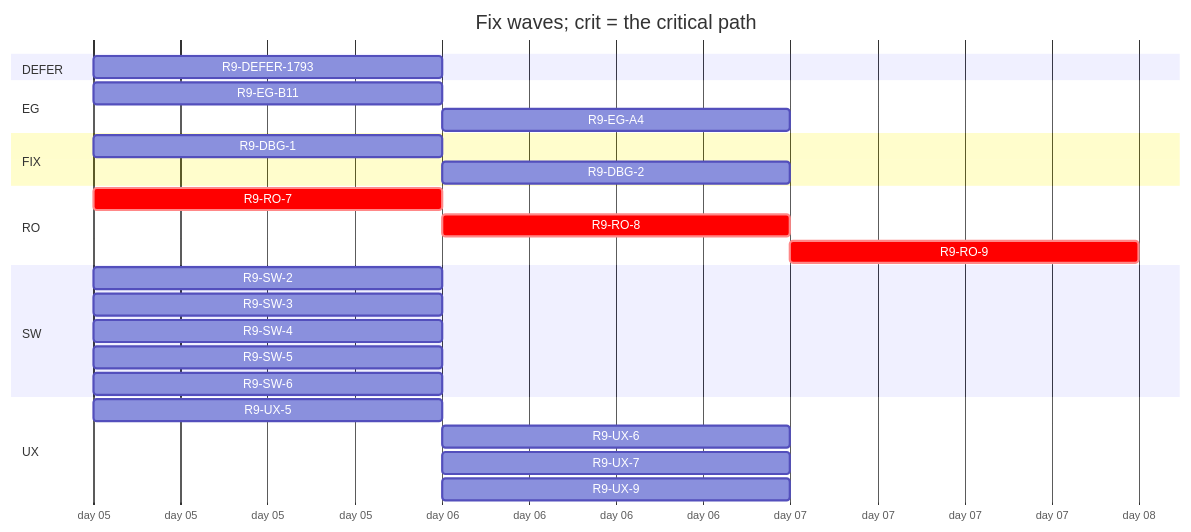
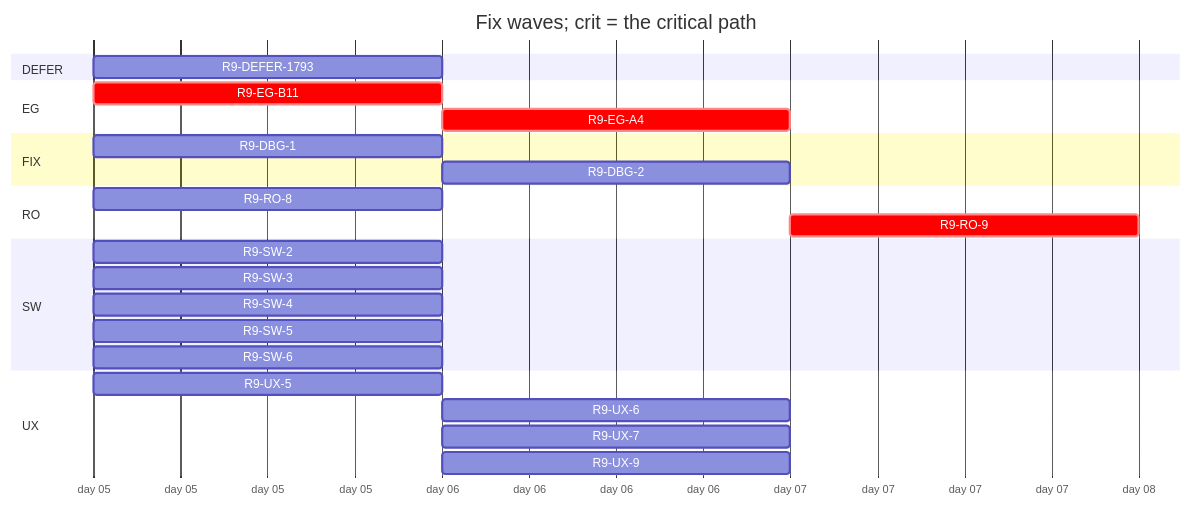
Before and after one commit to tvofi/heatpump_optimizer: the diagram in handoff/round9/state/PLAN-TABLE.md, drawn with Mermaid. The commit also changed other lines of this file and 2 other files, not shown here.

````diff
--- a/handoff/round9/state/PLAN-TABLE.md
+++ b/handoff/round9/state/PLAN-TABLE.md
@@ -19,29 +19,28 @@
 ```mermaid
 gantt
   title Fix waves; crit = the critical path
   dateFormat YYYY-MM-DD
   axisFormat day %d
   section DEFER
     R9-DEFER-1793 :r9DEFER1793, 2026-01-05, 1d
   section EG
-    R9-EG-B11 :r9EGB11, 2026-01-05, 1d
-    R9-EG-A4 :r9EGA4, after r9EGB11, 1d
+    R9-EG-B11 :crit, r9EGB11, 2026-01-05, 1d
+    R9-EG-A4 :crit, r9EGA4, after r9EGB11, 1d
   section FIX
     R9-DBG-1 :r9DBG1, 2026-01-05, 1d
     R9-DBG-2 :r9DBG2, after r9DBG1, 1d
   section RO
-    R9-RO-7 :crit, r9RO7, 2026-01-05, 1d
-    R9-RO-8 :crit, r9RO8, after r9RO7, 1d
+    R9-RO-8 :r9RO8, 2026-01-05, 1d
     R9-RO-9 :crit, r9RO9, after r9RO8 r9EGA4 r9SW4 r9UX5 r9UX6 r9UX7, 1d
   section SW
     R9-SW-2 :r9SW2, 2026-01-05, 1d
     R9-SW-3 :r9SW3, 2026-01-05, 1d
     R9-SW-4 :r9SW4, 2026-01-05, 1d
     R9-SW-5 :r9SW5, 2026-01-05, 1d
     R9-SW-6 :r9SW6, 2026-01-05, 1d
   section UX
     R9-UX-5 :r9UX5, 2026-01-05, 1d
     R9-UX-6 :r9UX6, after r9EGB11 r9UX5, 1d
     R9-UX-7 :r9UX7, after r9EGB11 r9UX5, 1d
     R9-UX-9 :r9UX9, after r9SW6, 1d
 ```
````
